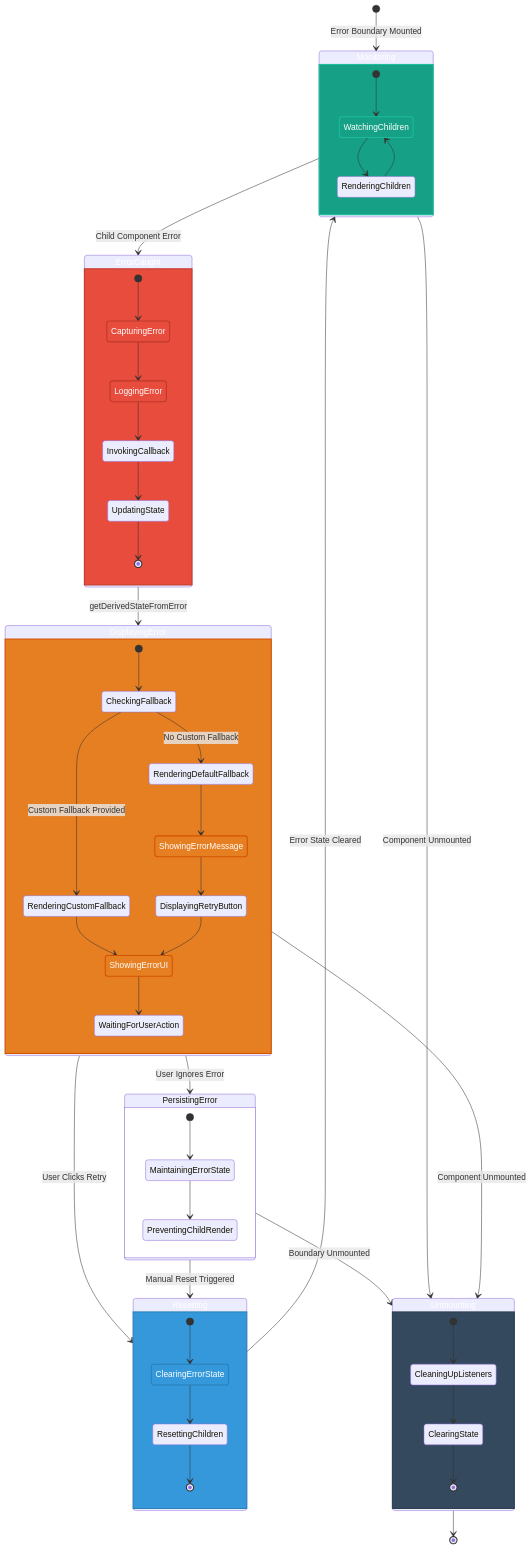
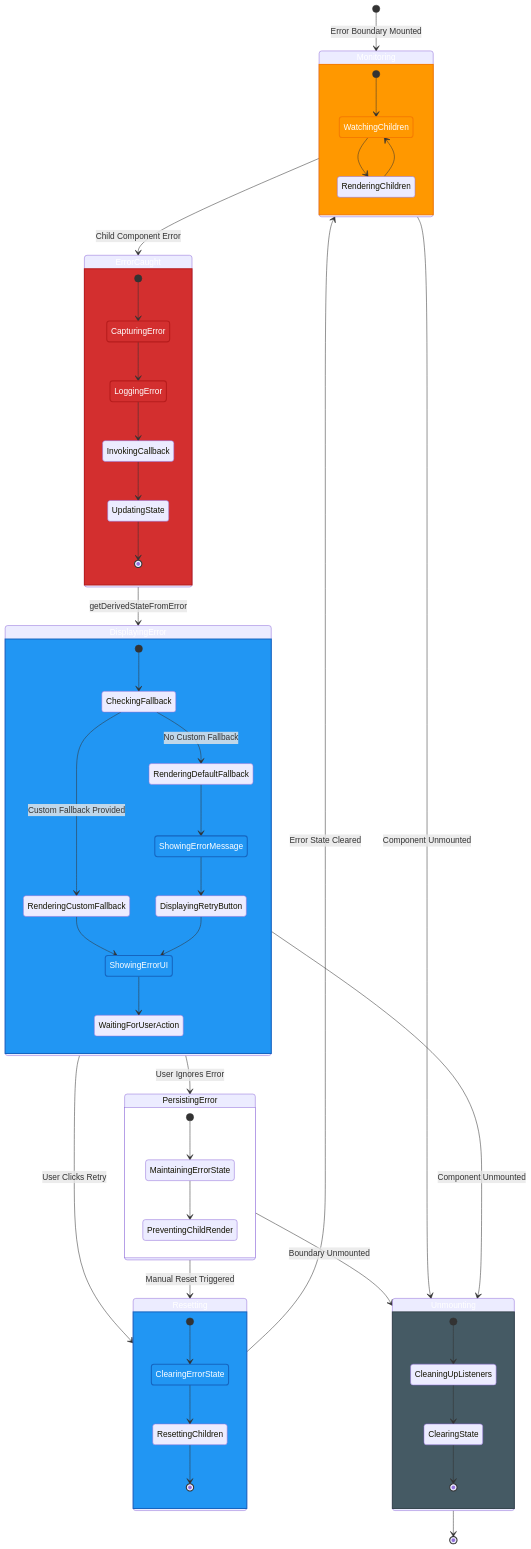
One commit to step-security-bot/cia-compliance-manager changed the fifth of 11 diagrams in docs/architecture/STATEDIAGRAM.md. Above: the diagram before and after it, drawn with Mermaid. The commit also changed other lines of this file and 27 other files, not shown here.

First line of the commit message:
fix: resolve broken mermaid diagrams and improve color coding to match ISMS style guide (#1106)

````diff
--- a/docs/architecture/STATEDIAGRAM.md
+++ b/docs/architecture/STATEDIAGRAM.md
@@ -409,77 +409,77 @@
 ```mermaid
 stateDiagram-v2
     [*] --> Monitoring: Error Boundary Mounted
     
     state Monitoring {
         [*] --> WatchingChildren
         WatchingChildren --> RenderingChildren
         RenderingChildren --> WatchingChildren
     }
     
     Monitoring --> ErrorCaught: Child Component Error
     
     state ErrorCaught {
         [*] --> CapturingError
         CapturingError --> LoggingError
         LoggingError --> InvokingCallback
         InvokingCallback --> UpdatingState
         UpdatingState --> [*]
     }
     
     ErrorCaught --> DisplayingError: getDerivedStateFromError
     
     state DisplayingError {
         [*] --> CheckingFallback
         CheckingFallback --> RenderingCustomFallback: Custom Fallback Provided
         CheckingFallback --> RenderingDefaultFallback: No Custom Fallback
         
         RenderingCustomFallback --> ShowingErrorUI
         RenderingDefaultFallback --> ShowingErrorMessage
         
         ShowingErrorMessage --> DisplayingRetryButton
         DisplayingRetryButton --> ShowingErrorUI
         ShowingErrorUI --> WaitingForUserAction
     }
     
     DisplayingError --> Resetting: User Clicks Retry
     DisplayingError --> PersistingError: User Ignores Error
     
     state Resetting {
         [*] --> ClearingErrorState
         ClearingErrorState --> ResettingChildren
         ResettingChildren --> [*]
     }
     
     Resetting --> Monitoring: Error State Cleared
     
     state PersistingError {
         [*] --> MaintainingErrorState
         MaintainingErrorState --> PreventingChildRender
     }
     
     PersistingError --> Resetting: Manual Reset Triggered
     PersistingError --> Unmounting: Boundary Unmounted
     
     Monitoring --> Unmounting: Component Unmounted
     DisplayingError --> Unmounting: Component Unmounted
     
     state Unmounting {
         [*] --> CleaningUpListeners
         CleaningUpListeners --> ClearingState
         ClearingState --> [*]
     }
     
     Unmounting --> [*]
     
-    classDef monitoring fill:#16a085,stroke:#1abc9c,stroke-width:2px,color:white
-    classDef error fill:#e74c3c,stroke:#c0392b,stroke-width:2px,color:white
-    classDef display fill:#e67e22,stroke:#d35400,stroke-width:2px,color:white
-    classDef reset fill:#3498db,stroke:#2980b9,stroke-width:2px,color:white
-    classDef unmount fill:#34495e,stroke:#2c3e50,stroke-width:2px,color:white
+    classDef monitoring fill:#FF9800,stroke:#F57C00,stroke-width:2px,color:#ffffff
+    classDef error fill:#D32F2F,stroke:#B71C1C,stroke-width:2px,color:#ffffff
+    classDef display fill:#2196F3,stroke:#1565C0,stroke-width:2px,color:#ffffff
+    classDef reset fill:#2196F3,stroke:#1565C0,stroke-width:2px,color:#ffffff
+    classDef unmount fill:#455A64,stroke:#37474F,stroke-width:2px,color:#ffffff
     
     class Monitoring,WatchingChildren monitoring
     class ErrorCaught,CapturingError,LoggingError error
     class DisplayingError,ShowingErrorUI,ShowingErrorMessage display
     class Resetting,ClearingErrorState reset
     class Unmounting unmount
 ```
````
